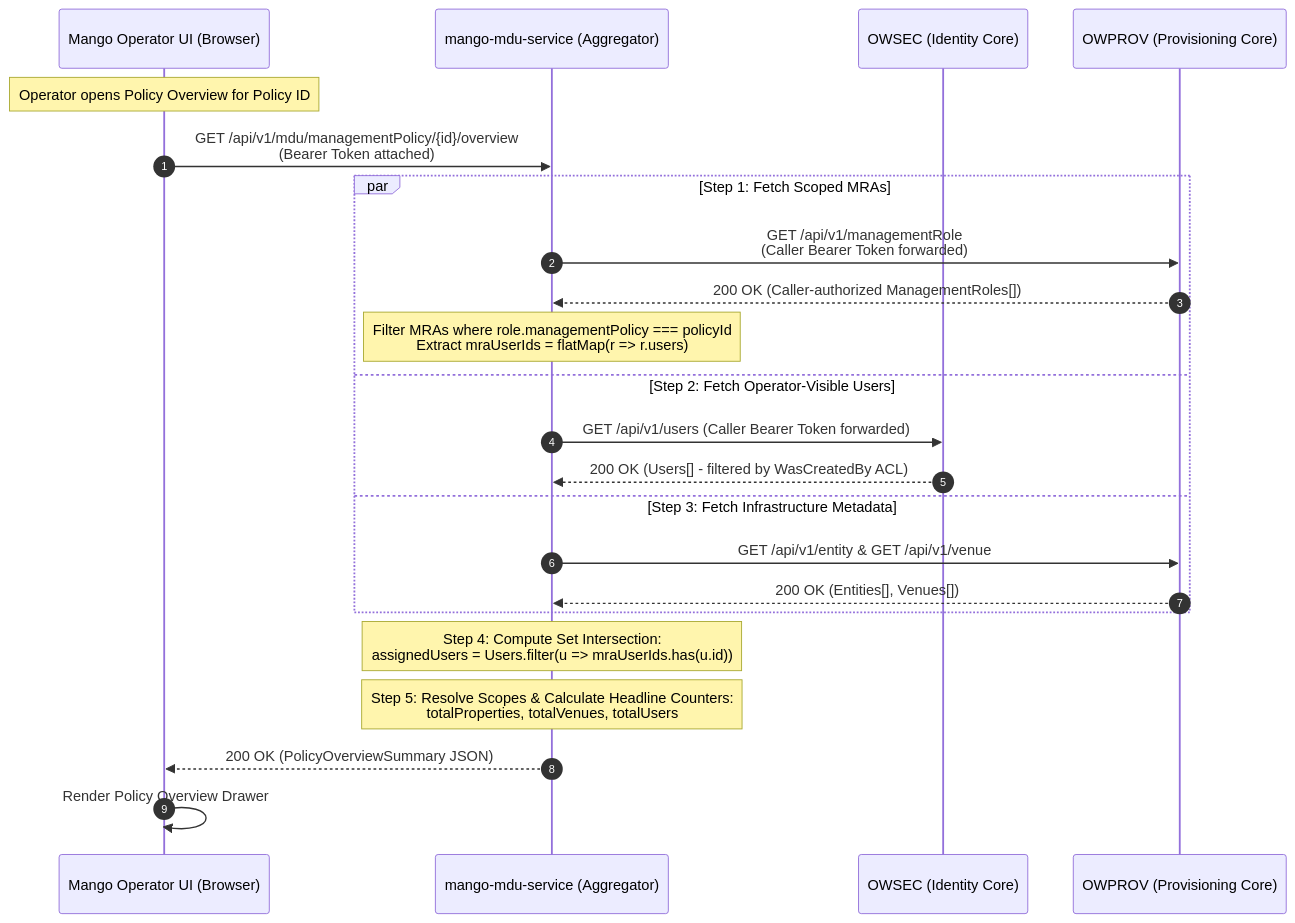
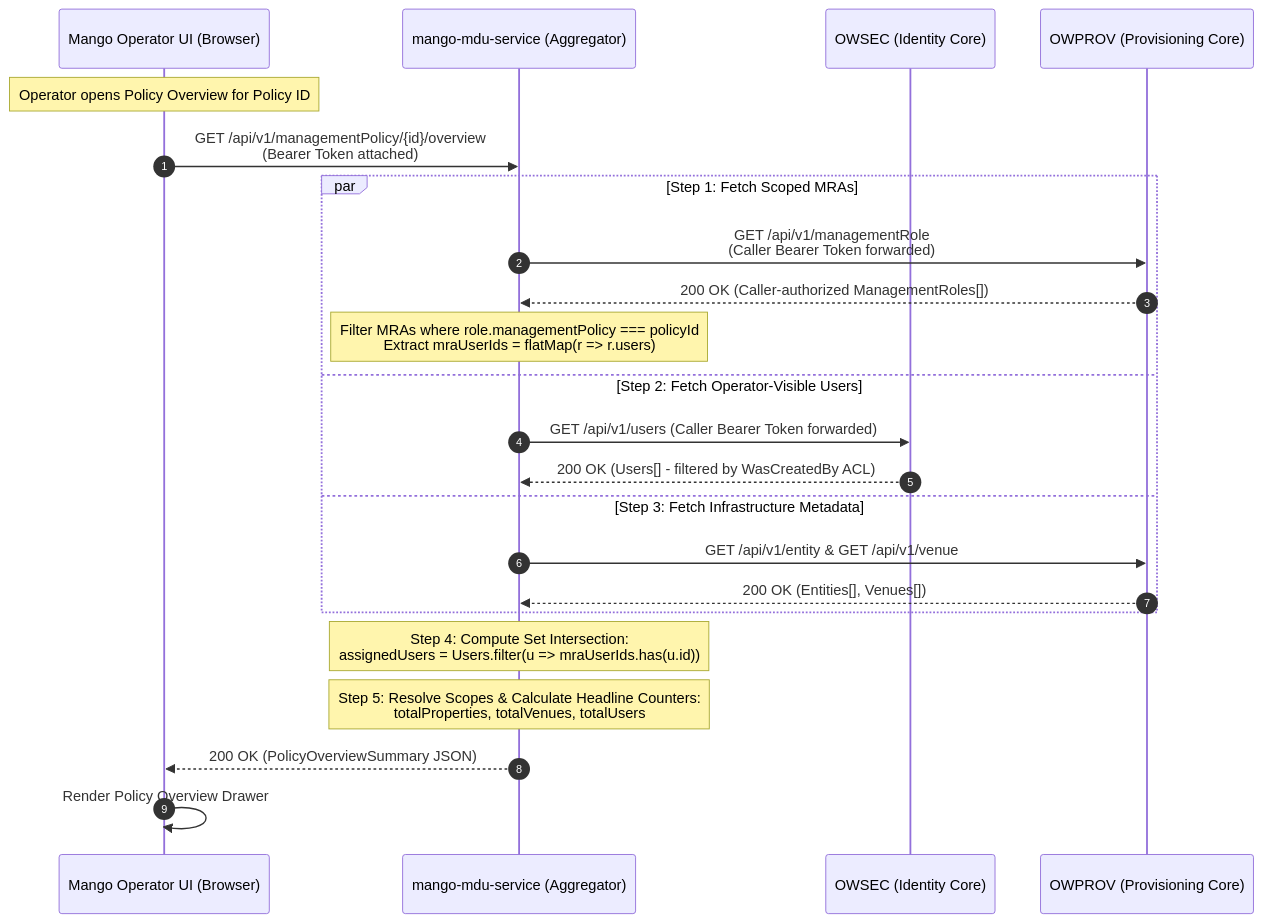
The diagram in docs/Users_and_Access_Technical_Specification.md (Anil-routerArch/mango-operator-ui), drawn with Mermaid before and after one commit. The commit also changed other lines of this file, not shown here.

````diff
--- a/docs/Users_and_Access_Technical_Specification.md
+++ b/docs/Users_and_Access_Technical_Specification.md
@@ -467,28 +467,28 @@
 ```mermaid
 sequenceDiagram
     autonumber
     participant UI as Mango Operator UI (Browser)
     participant MDU as mango-mdu-service (Aggregator)
     participant SEC as OWSEC (Identity Core)
     participant PROV as OWPROV (Provisioning Core)
 
     Note over UI: Operator opens Policy Overview for Policy ID
-    UI->>MDU: GET /api/v1/mdu/managementPolicy/{id}/overview<br/>(Bearer Token attached)
+    UI->>MDU: GET /api/v1/managementPolicy/{id}/overview<br/>(Bearer Token attached)
     
     par Step 1: Fetch Scoped MRAs
         MDU->>PROV: GET /api/v1/managementRole<br/>(Caller Bearer Token forwarded)
         PROV-->>MDU: 200 OK (Caller-authorized ManagementRoles[])
         Note over MDU: Filter MRAs where role.managementPolicy === policyId<br/>Extract mraUserIds = flatMap(r => r.users)
     and Step 2: Fetch Operator-Visible Users
         MDU->>SEC: GET /api/v1/users (Caller Bearer Token forwarded)
         SEC-->>MDU: 200 OK (Users[] - filtered by WasCreatedBy ACL)
     and Step 3: Fetch Infrastructure Metadata
         MDU->>PROV: GET /api/v1/entity & GET /api/v1/venue
         PROV-->>MDU: 200 OK (Entities[], Venues[])
     end
 
     Note over MDU: Step 4: Compute Set Intersection:<br/>assignedUsers = Users.filter(u => mraUserIds.has(u.id))
     Note over MDU: Step 5: Resolve Scopes & Calculate Headline Counters:<br/>totalProperties, totalVenues, totalUsers
     MDU-->>UI: 200 OK (PolicyOverviewSummary JSON)
     UI->>UI: Render Policy Overview Drawer
 ```
````
